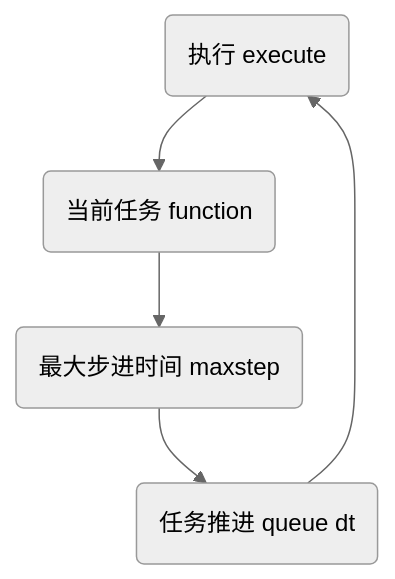
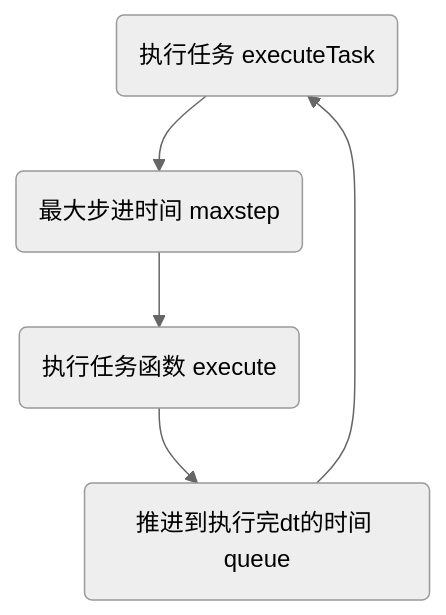
One commit to huuhghhgyg/Container-Terminal-Simulation changed the diagram in docs/agent-template.md. Above: the diagram before and after it, drawn with Mermaid (neutral theme). The commit also changed other lines of this file and 1 other file, not shown here.

````diff
--- a/docs/agent-template.md
+++ b/docs/agent-template.md
@@ -12,5 +12,5 @@
 ```mermaid
 graph
-execute(执行 execute) --> currentTask(当前任务 function) --> maxstep(最大步进时间 maxstep) --> nextTask(任务推进 queue dt)
-nextTask --> execute
+executeTask(执行任务 executeTask) --> maxstep(最大步进时间 maxstep) --> execute(执行任务函数 execute) --> nextTask(推进到执行完dt的时间 queue)
+nextTask --> executeTask
 ```
````
